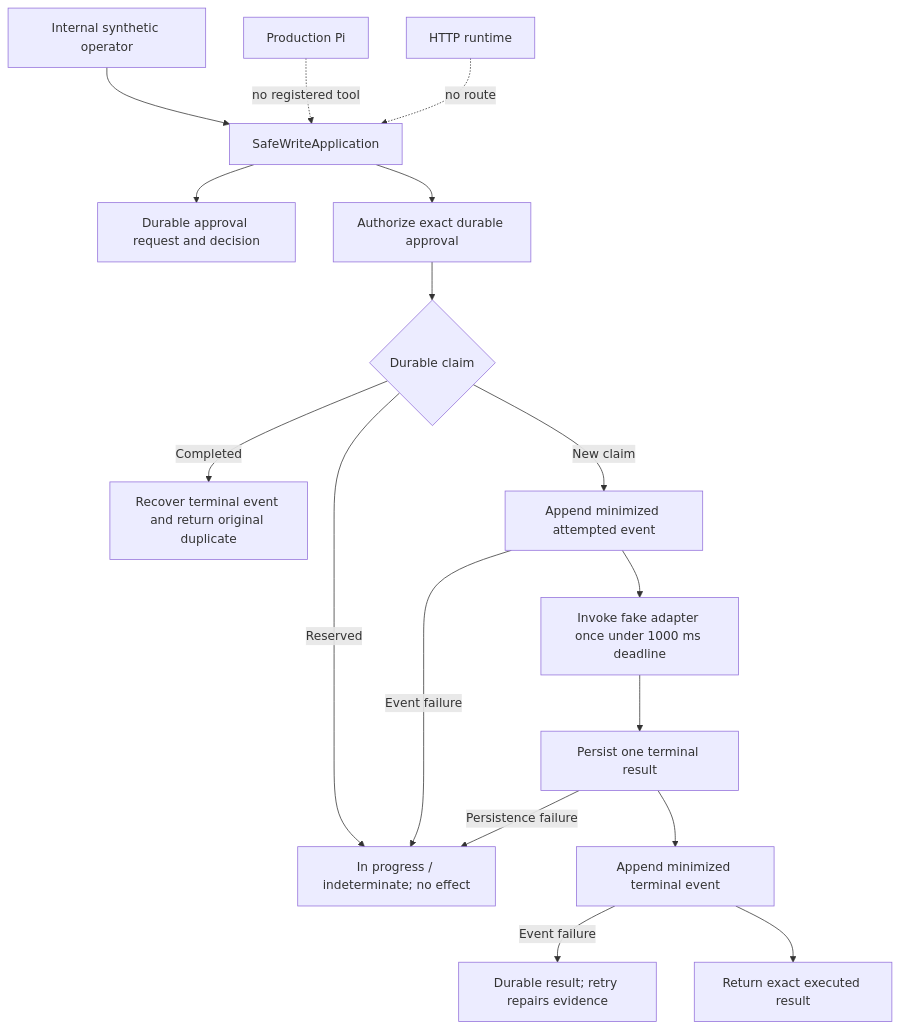
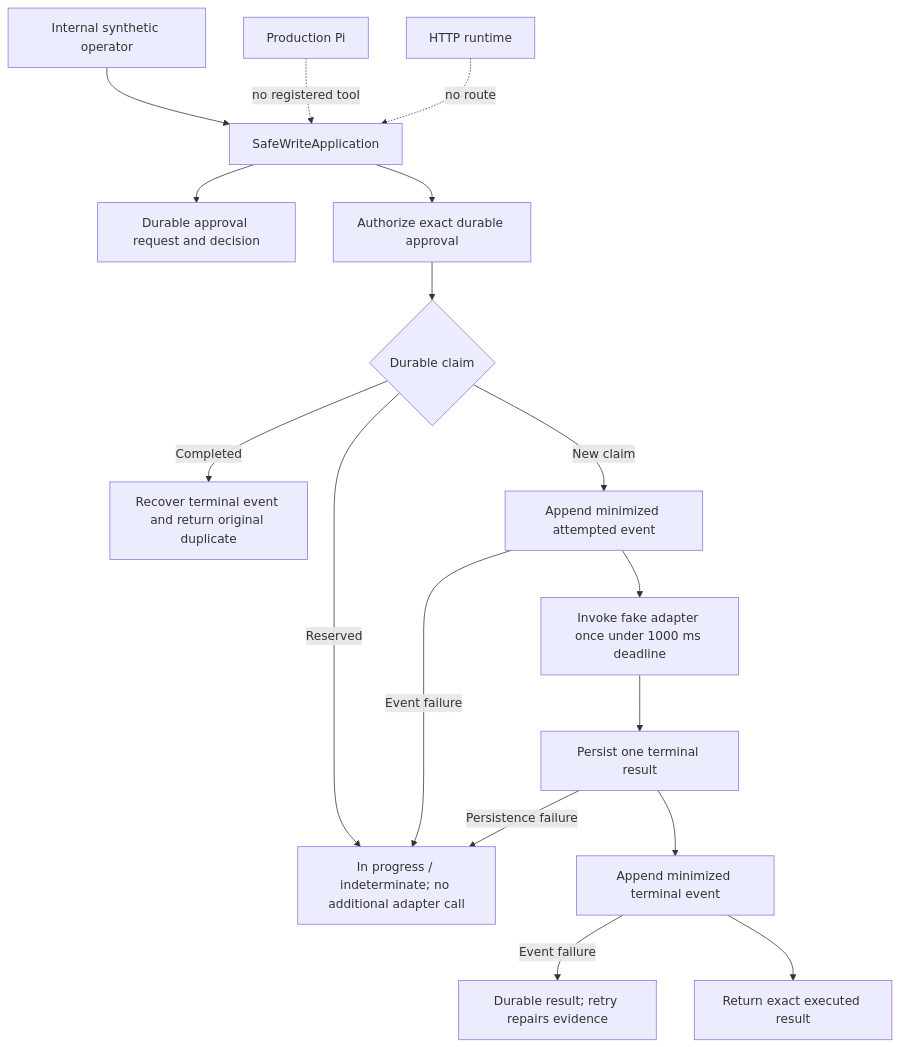
Before and after one commit to moshehbenavraham/production-agent-workshop: the second of 2 diagrams in docs/build-log-week2.md, drawn with Mermaid. The commit also changed other lines of this file and 6 other files, not shown here.

````diff
--- a/docs/build-log-week2.md
+++ b/docs/build-log-week2.md
@@ -228,19 +259,19 @@
 ```mermaid
 flowchart TD
     O[Internal synthetic operator] --> W[SafeWriteApplication]
     W --> P[Durable approval request and decision]
     W --> A[Authorize exact durable approval]
     A --> C{Durable claim}
     C -->|Completed| D[Recover terminal event and return original duplicate]
-    C -->|Reserved| I[In progress / indeterminate; no effect]
+    C -->|Reserved| I[In progress / indeterminate; no additional adapter call]
     C -->|New claim| E[Append minimized attempted event]
     E -->|Event failure| I
     E --> F[Invoke fake adapter once under 1000 ms deadline]
     F --> R[Persist one terminal result]
     R -->|Persistence failure| I
     R --> T[Append minimized terminal event]
     T -->|Event failure| X[Durable result; retry repairs evidence]
     T --> S[Return exact executed result]
     Pi[Production Pi] -. no registered tool .-> W
     HTTP[HTTP runtime] -. no route .-> W
 ```
````
